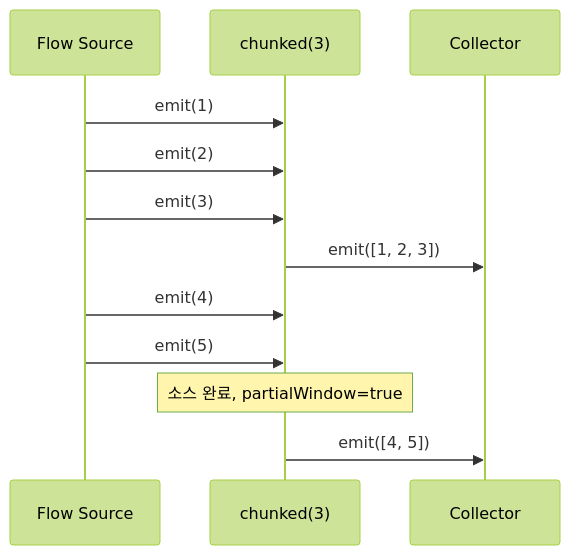
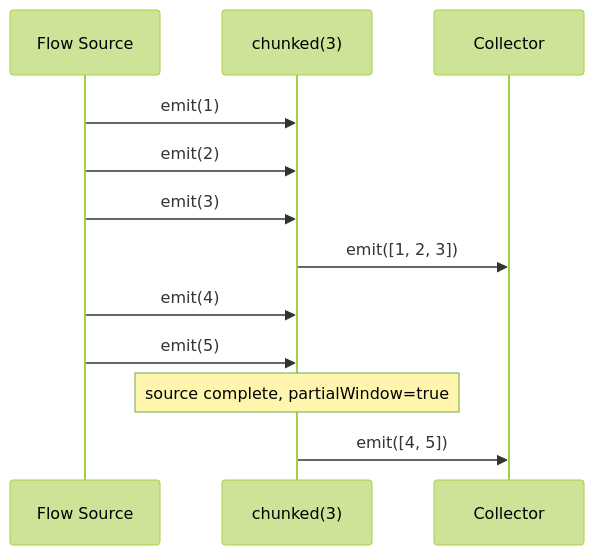
Before and after one commit to bluetape4k/bluetape4k-projects: the fourth of 15 diagrams in bluetape4k/coroutines/README.md, drawn with Mermaid (forest theme). The commit also changed other lines of this file and 265 other files, not shown here.

````diff
--- a/bluetape4k/coroutines/README.md
+++ b/bluetape4k/coroutines/README.md
@@ -281,14 +283,14 @@
 ```mermaid
 sequenceDiagram
     participant S as Flow Source
     participant C as chunked(3)
     participant R as Collector
     S ->> C: emit(1)
     S ->> C: emit(2)
     S ->> C: emit(3)
     C ->> R: emit([1, 2, 3])
     S ->> C: emit(4)
     S ->> C: emit(5)
-    Note over C: 소스 완료, partialWindow=true
+    Note over C: source complete, partialWindow=true
     C ->> R: emit([4, 5])
 ```
````
